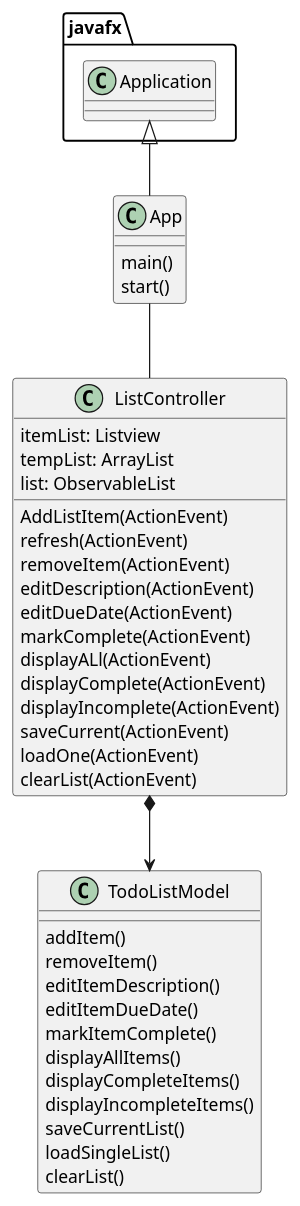
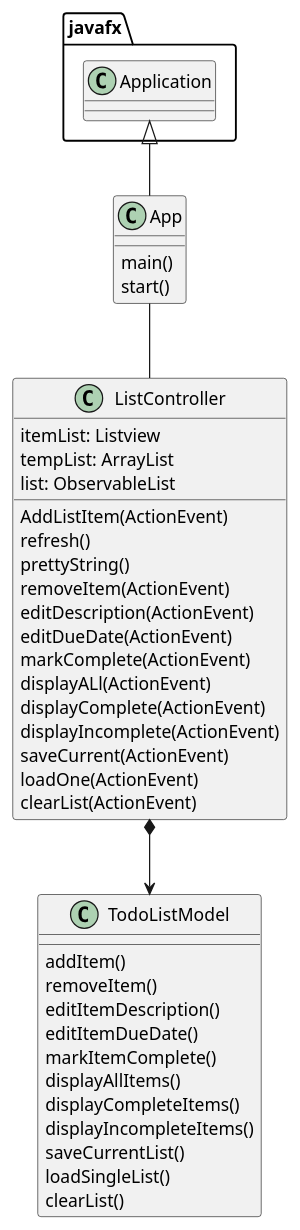
The diagram in uml/AppDiagram.puml (akwill47/weatherlow-cop3330-assignment4part2), drawn with PlantUML before and after one commit. The commit also changed 2 other files, not shown here.

```diff
--- a/uml/AppDiagram.puml
+++ b/uml/AppDiagram.puml
@@ -1,51 +1,52 @@
 @startuml
 'https://plantuml.com/class-diagram
 
 class App{
 main()
 start()
 }
 
 
 class ListController{
 itemList: Listview
 tempList: ArrayList
 list: ObservableList
 
 AddListItem(ActionEvent)
-refresh(ActionEvent)
+refresh()
+prettyString()
 removeItem(ActionEvent)
 editDescription(ActionEvent)
 editDueDate(ActionEvent)
 markComplete(ActionEvent)
 displayALl(ActionEvent)
 displayComplete(ActionEvent)
 displayIncomplete(ActionEvent)
 saveCurrent(ActionEvent)
 loadOne(ActionEvent)
 clearList(ActionEvent)
 
 }
 
 class TodoListModel{
     addItem()
     removeItem()
     editItemDescription()
     editItemDueDate()
     markItemComplete()
     displayAllItems()
     displayCompleteItems()
     displayIncompleteItems()
     saveCurrentList()
     loadSingleList()
     clearList()
 
 
 }
 
 
 javafx.Application <|-- App
 App -- ListController
 ListController *--> TodoListModel
 
 @enduml
```
